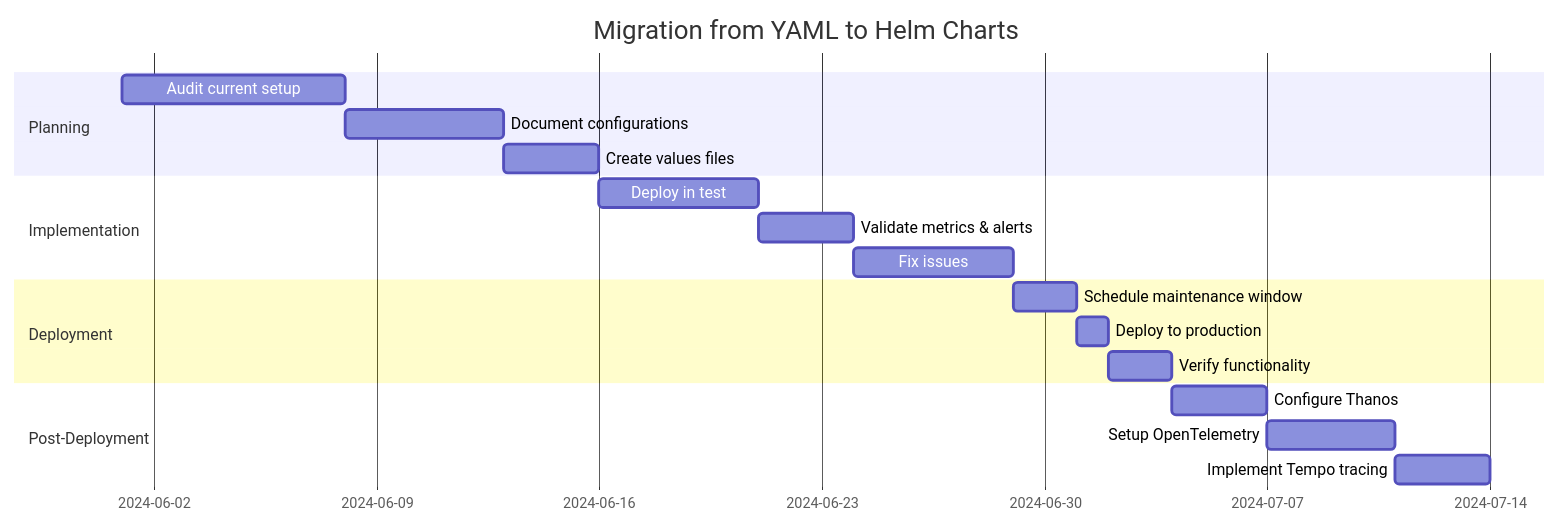
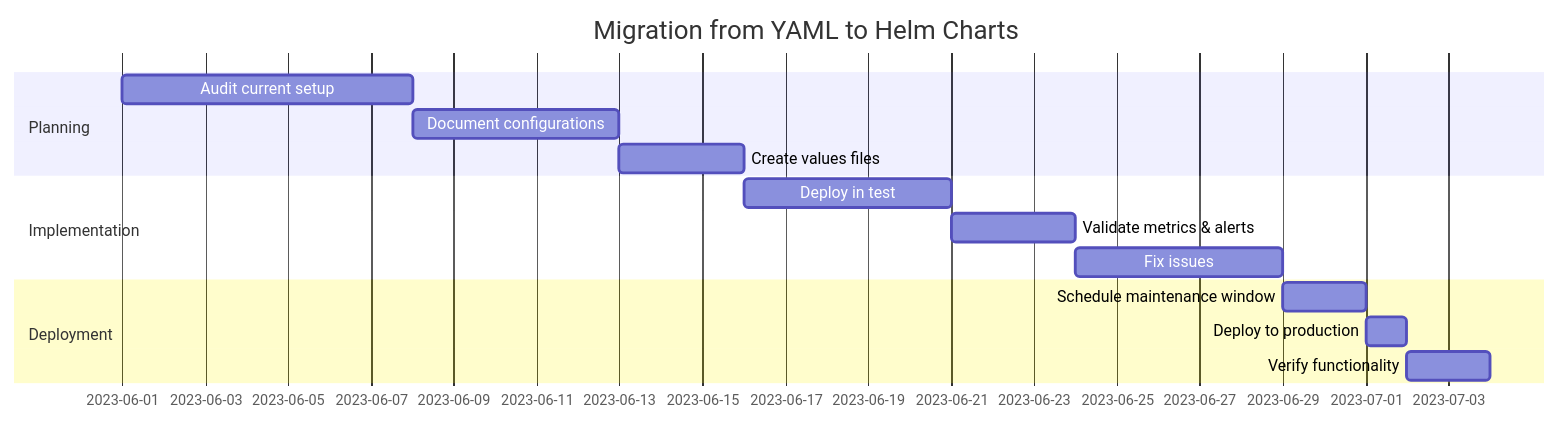
Before and after one commit to AkhilMylaram/terraform: the second of 2 diagrams in docs/monitoring-implementation.md, drawn with Mermaid. The commit also changed other lines of this file, not shown here.

````diff
--- a/docs/monitoring-implementation.md
+++ b/docs/monitoring-implementation.md
@@ -284,21 +270,17 @@
 ```mermaid
 gantt
     title Migration from YAML to Helm Charts
     dateFormat  YYYY-MM-DD
     section Planning
-    Audit current setup           :a1, 2024-06-01, 7d
+    Audit current setup           :a1, 2023-06-01, 7d
     Document configurations       :a2, after a1, 5d
     Create values files          :a3, after a2, 3d
     section Implementation
     Deploy in test               :b1, after a3, 5d
     Validate metrics & alerts    :b2, after b1, 3d
     Fix issues                   :b3, after b2, 5d
     section Deployment
     Schedule maintenance window  :c1, after b3, 2d
     Deploy to production         :c2, after c1, 1d
     Verify functionality         :c3, after c2, 2d
-    section Post-Deployment
-    Configure Thanos             :d1, after c3, 3d
-    Setup OpenTelemetry          :d2, after d1, 4d
-    Implement Tempo tracing      :d3, after d2, 3d
 ```
````
